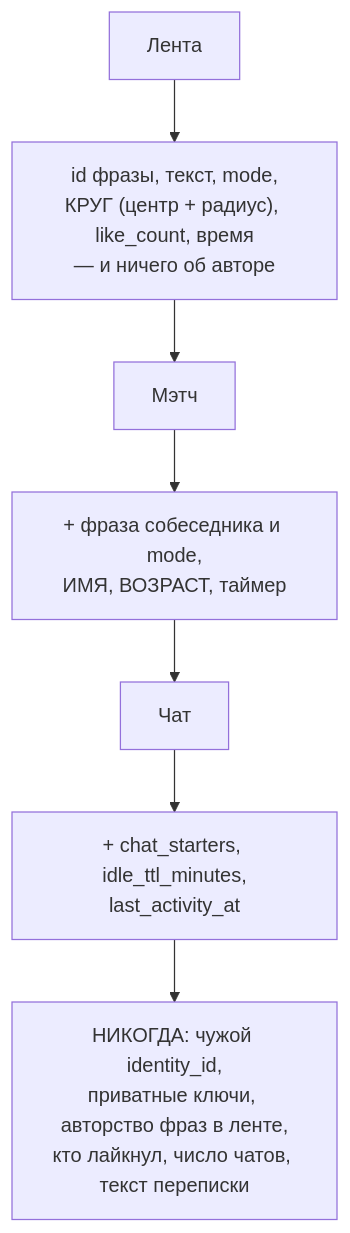
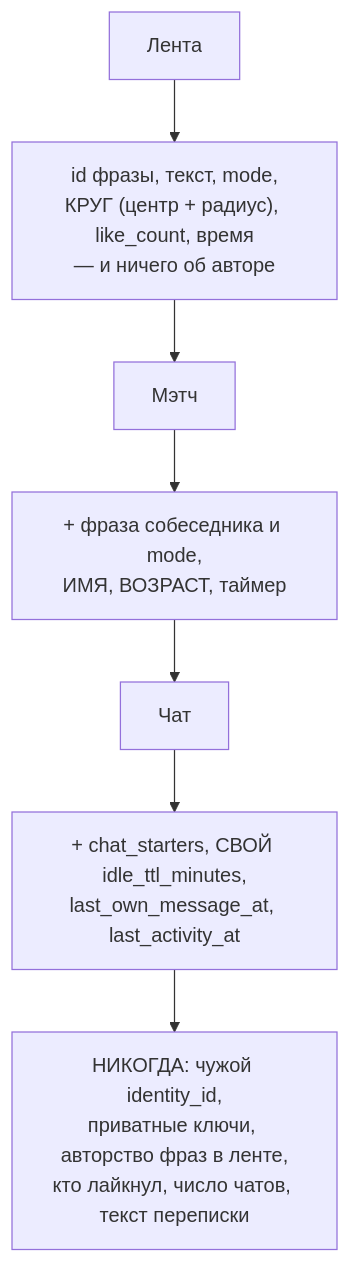
Before and after one commit to panov-id/xor.ad: diagram 29 of 30 in docs/chat-flows_RU.md, drawn with Mermaid. The commit also changed other lines of this file and 8 other files, not shown here.

````diff
--- a/docs/chat-flows_RU.md
+++ b/docs/chat-flows_RU.md
@@ -905,9 +931,9 @@
 ```mermaid
 flowchart TD
   L1["Лента"] --> L1d["id фразы, текст, mode,<br/>КРУГ #40;центр + радиус#41;, like_count, время<br/>— и ничего об авторе"]
   L1d --> L2["Мэтч"]
   L2 --> L2d["+ фраза собеседника и mode,<br/>ИМЯ, ВОЗРАСТ, таймер"]
   L2d --> L3["Чат"]
-  L3 --> L3d["+ chat_starters, idle_ttl_minutes,<br/>last_activity_at"]
+  L3 --> L3d["+ chat_starters, СВОЙ idle_ttl_minutes,<br/>last_own_message_at, last_activity_at"]
   L3d --> never["НИКОГДА: чужой identity_id,<br/>приватные ключи, авторство фраз в ленте,<br/>кто лайкнул, число чатов, текст переписки"]
 ```
````
